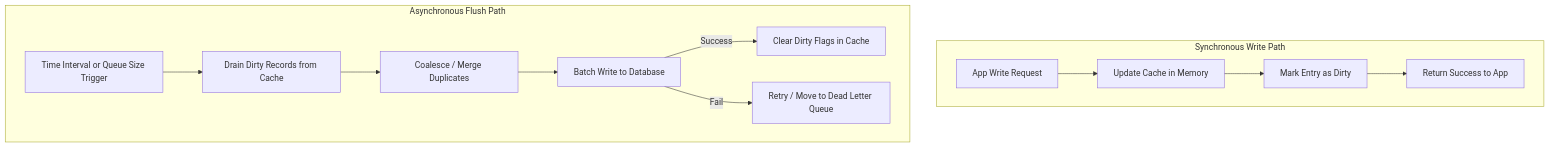
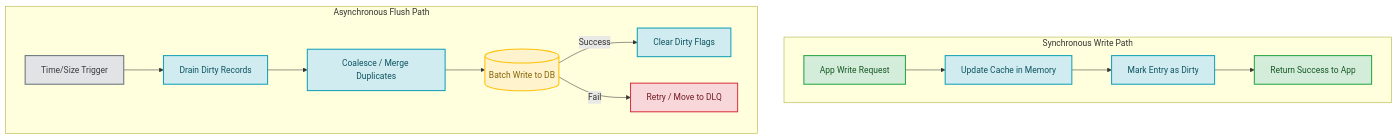
Before and after one commit to akshay-k-r/Interview-Prep-Resource: the diagram in src/pages/02-hld/caching/write-back/index.mdx, drawn with Mermaid. The commit also changed 29 other files, not shown here.

````diff
--- a/src/pages/02-hld/caching/write-back/index.mdx
+++ b/src/pages/02-hld/caching/write-back/index.mdx
@@ -57,16 +57,29 @@
 ```mermaid
 graph TD
     subgraph Synchronous Write Path
         W_Start[App Write Request] --> W_Cache[Update Cache in Memory]
         W_Cache --> W_Mark[Mark Entry as Dirty]
         W_Mark --> W_Ack[Return Success to App]
     end
 
     subgraph Asynchronous Flush Path
-        F_Trigger[Time Interval or Queue Size Trigger] --> F_Fetch[Drain Dirty Records from Cache]
+        F_Trigger[Time/Size Trigger] --> F_Fetch[Drain Dirty Records]
         F_Fetch --> F_Coalesce[Coalesce / Merge Duplicates]
-        F_Coalesce --> F_DB[Batch Write to Database]
-        F_DB -- Success --> F_Clean[Clear Dirty Flags in Cache]
-        F_DB -- Fail --> F_Retry[Retry / Move to Dead Letter Queue]
+        F_Coalesce --> F_DB[(Batch Write to DB)]
+        F_DB -- Success --> F_Clean[Clear Dirty Flags]
+        F_DB -- Fail --> F_Retry[Retry / Move to DLQ]
     end
+
+    %% Styles
+    classDef startEnd fill:#d4edda,stroke:#28a745,stroke-width:2px,color:#155724;
+    classDef cache fill:#d1ecf1,stroke:#17a2b8,stroke-width:2px,color:#0c5460;
+    classDef db fill:#fff3cd,stroke:#ffc107,stroke-width:2px,color:#856404;
+    classDef trigger fill:#e2e3e5,stroke:#6c757d,stroke-width:2px,color:#383d41;
+    classDef alert fill:#f8d7da,stroke:#dc3545,stroke-width:2px,color:#721c24;
+
+    class W_Start,W_Ack startEnd;
+    class W_Cache,W_Mark,F_Fetch,F_Coalesce,F_Clean cache;
+    class F_DB db;
+    class F_Trigger trigger;
+    class F_Retry alert;
 ```
````
